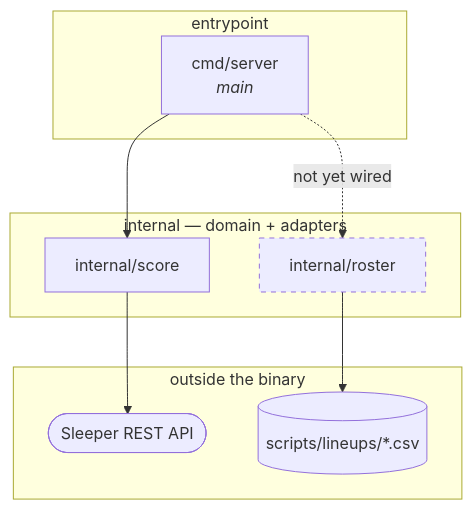
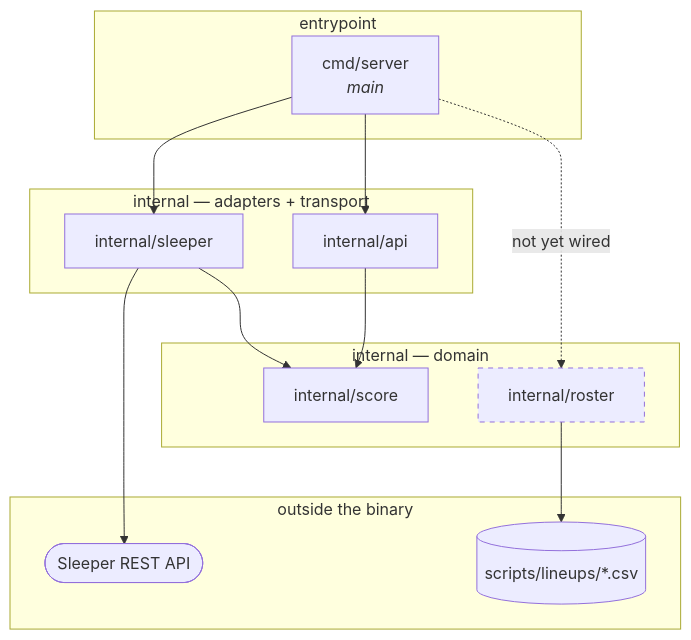
Before and after one commit to eshifrin-606/bojjaes: the diagram in docs/package-dependencies.md, drawn with Mermaid. The commit also changed other lines of this file and 27 other files, not shown here.

````diff
--- a/docs/package-dependencies.md
+++ b/docs/package-dependencies.md
@@ -12,22 +12,29 @@
 ```mermaid
 graph TD
     subgraph entry["entrypoint"]
         main["cmd/server<br/><i>main</i>"]
     end
-    subgraph domain["internal — domain + adapters"]
+    subgraph domain["internal — domain"]
         score["internal/score"]
         roster["internal/roster"]
+    end
+    subgraph adapters["internal — adapters + transport"]
+        sleeperpkg["internal/sleeper"]
+        api["internal/api"]
     end
     subgraph ext["outside the binary"]
         sleeper(["Sleeper REST API"])
         files[("scripts/lineups/*.csv")]
     end
 
-    main --> score
+    main --> api
+    main --> sleeperpkg
     main -.->|"not yet wired"| roster
-    score --> sleeper
+    api --> score
+    sleeperpkg --> score
+    sleeperpkg --> sleeper
     roster --> files
 
     classDef pending stroke-dasharray: 5 5
     class roster pending
 ```
````
